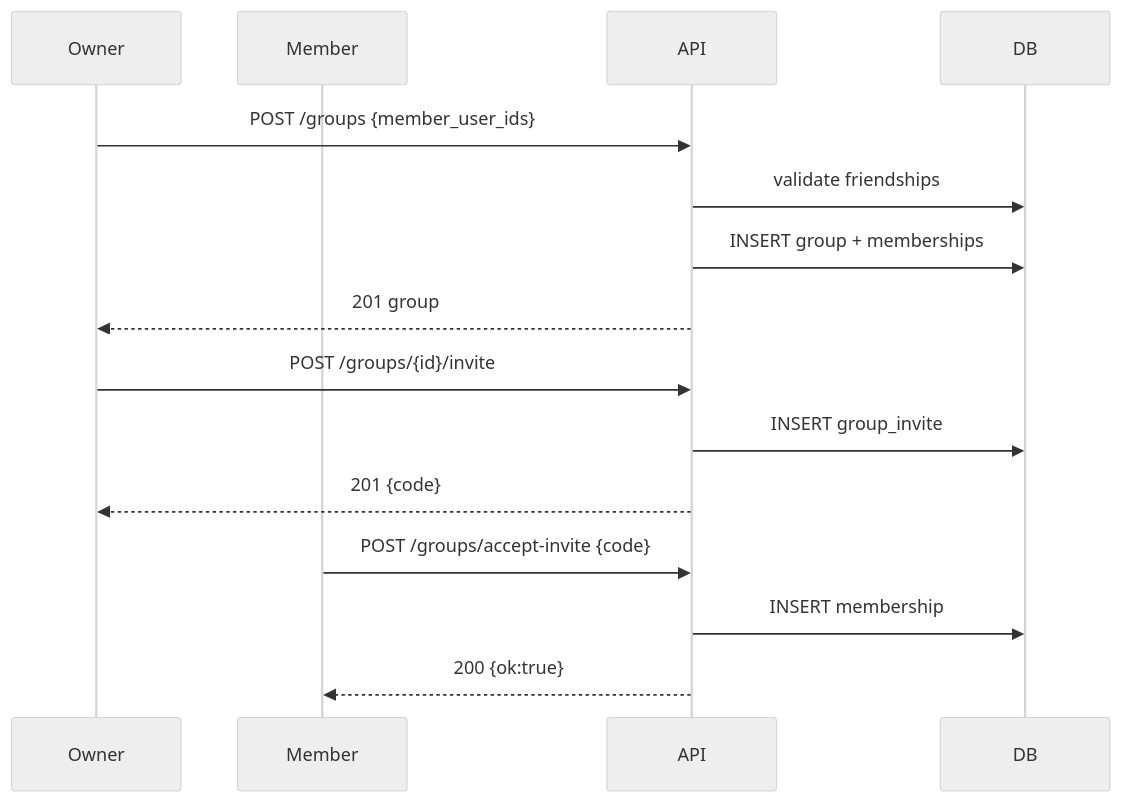
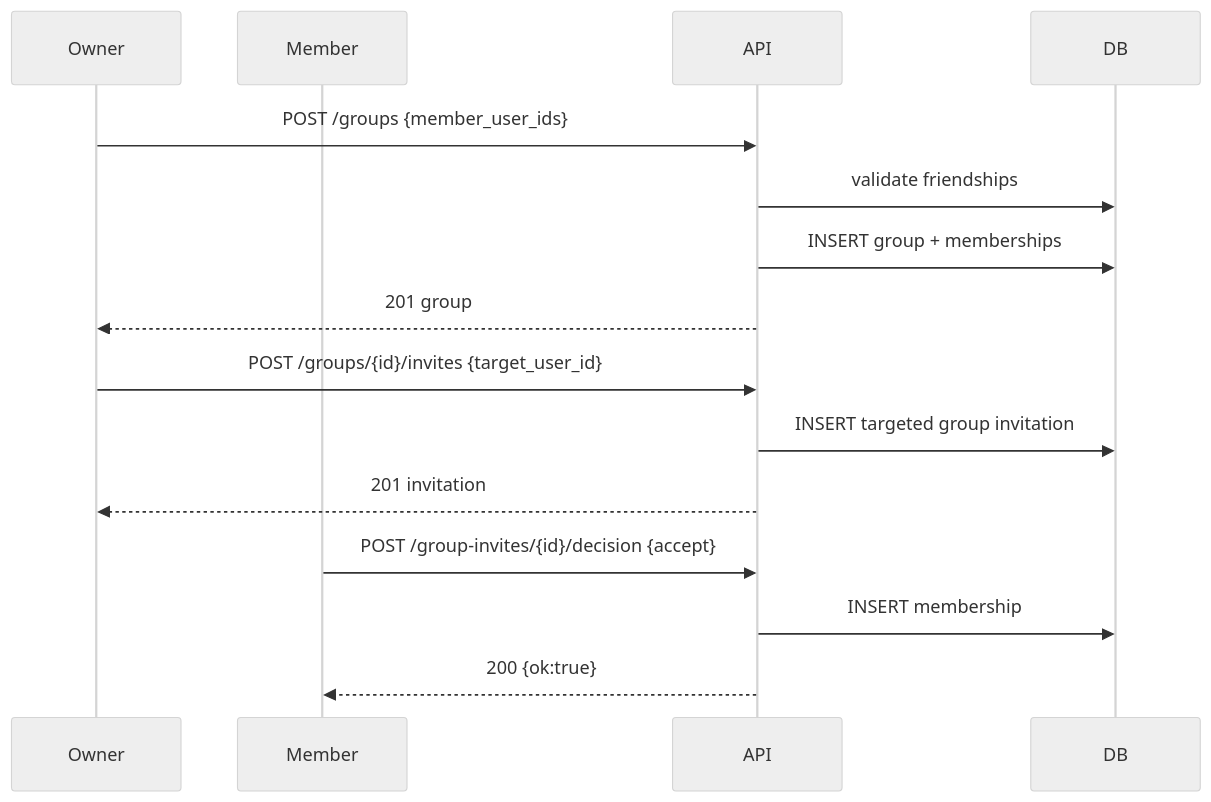
The third of 4 diagrams in README.md (noelys215/arbiter-api), drawn with Mermaid (neutral theme) before and after one commit. The commit also changed other lines of this file and 29 other files, not shown here.

Commit message:
refactor(invites): remove legacy link and code flows

````diff
--- a/README.md
+++ b/README.md
@@ -414,20 +415,20 @@
 ```mermaid
 sequenceDiagram
   participant Owner
   participant Member
   participant API
   participant DB
 
   Owner->>API: POST /groups {member_user_ids}
   API->>DB: validate friendships
   API->>DB: INSERT group + memberships
   API-->>Owner: 201 group
 
-  Owner->>API: POST /groups/{id}/invite
-  API->>DB: INSERT group_invite
-  API-->>Owner: 201 {code}
+  Owner->>API: POST /groups/{id}/invites {target_user_id}
+  API->>DB: INSERT targeted group invitation
+  API-->>Owner: 201 invitation
 
-  Member->>API: POST /groups/accept-invite {code}
+  Member->>API: POST /group-invites/{id}/decision {accept}
   API->>DB: INSERT membership
   API-->>Member: 200 {ok:true}
 ```
````
